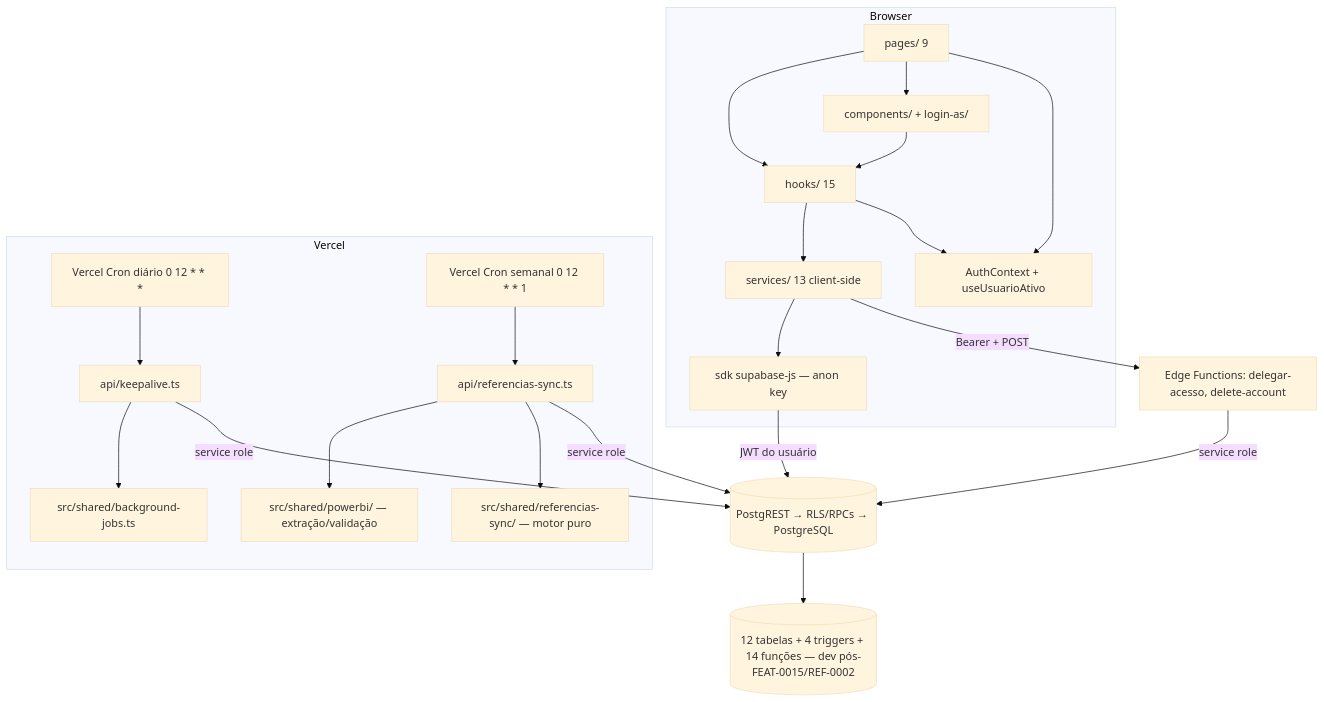
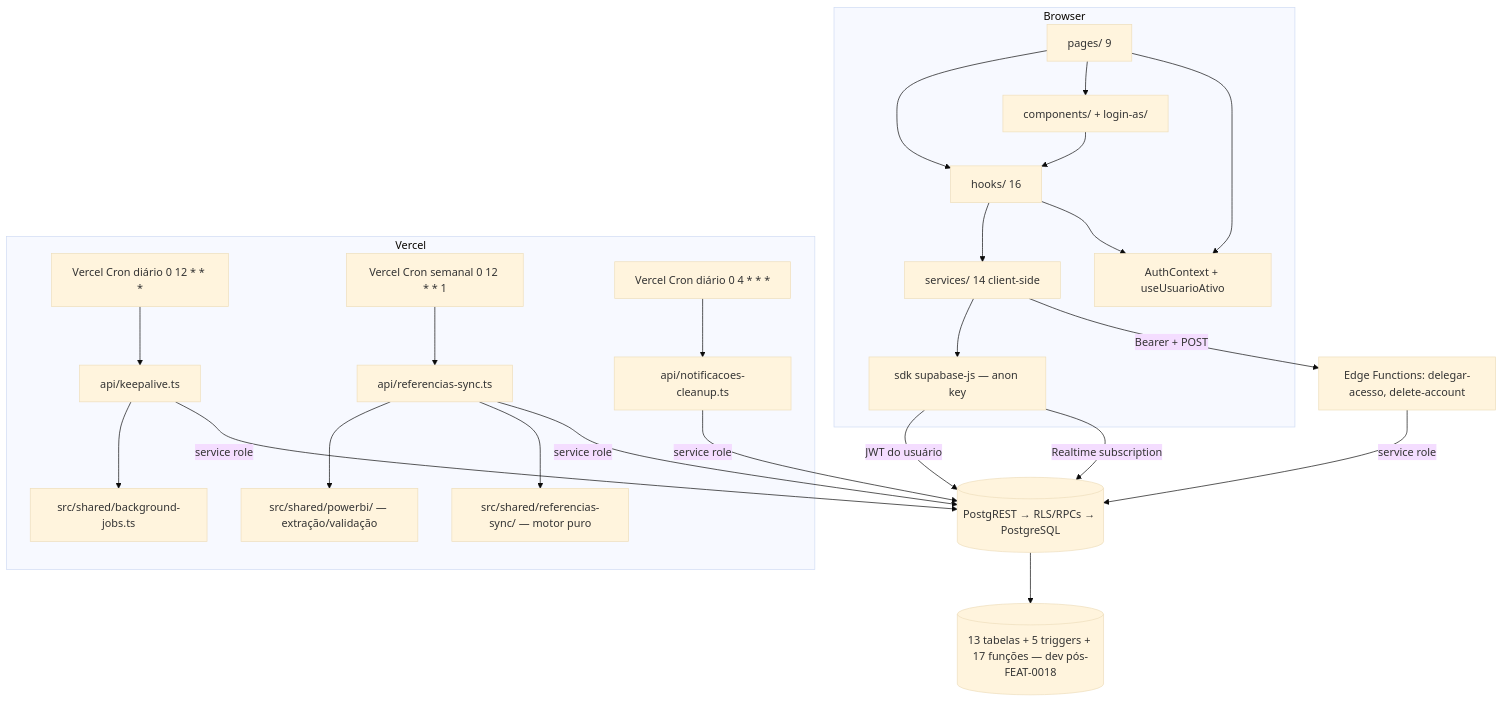
Before and after one commit to lucasmm96/meufenil: the diagram in wiki/Arquitetura.md, drawn with Mermaid (base theme). The commit also changed other lines of this file and 2 other files, not shown here.

````diff
--- a/wiki/Arquitetura.md
+++ b/wiki/Arquitetura.md
@@ -27,25 +27,28 @@
 ```mermaid
 flowchart TB
     subgraph Browser
-        P[pages/ 9] --> H[hooks/ 15]
+        P[pages/ 9] --> H[hooks/ 16]
         P --> C[components/ + login-as/]
         C --> H
-        H --> S[services/ 13 client-side]
+        H --> S[services/ 14 client-side]
         S --> SUP[sdk supabase-js — anon key]
         P --> AU[AuthContext + useUsuarioAtivo]
         H --> AU
     end
     SUP -->|JWT do usuário| PG[(PostgREST → RLS/RPCs → PostgreSQL)]
+    SUP -->|Realtime subscription| PG
     S -->|Bearer + POST| ED[Edge Functions: delegar-acesso, delete-account]
     ED -->|service role| PG
     subgraph Vercel
         CRON[Vercel Cron diário 0 12 * * *] --> KEEP[api/keepalive.ts]
         KEEP --> BJ[src/shared/background-jobs.ts]
         CRONW[Vercel Cron semanal 0 12 * * 1] --> SYNC[api/referencias-sync.ts]
         SYNC --> PBI[src/shared/powerbi/ — extração/validação]
         SYNC --> MOT[src/shared/referencias-sync/ — motor puro]
+        CRONC[Vercel Cron diário 0 4 * * *] --> CLEAN[api/notificacoes-cleanup.ts]
     end
     KEEP -->|service role| PG
     SYNC -->|service role| PG
-    PG --> TAB[(12 tabelas + 4 triggers + 14 funções — dev pós-FEAT-0015/REF-0002)]
+    CLEAN -->|service role| PG
+    PG --> TAB[(13 tabelas + 5 triggers + 17 funções — dev pós-FEAT-0018)]
 ```
````
